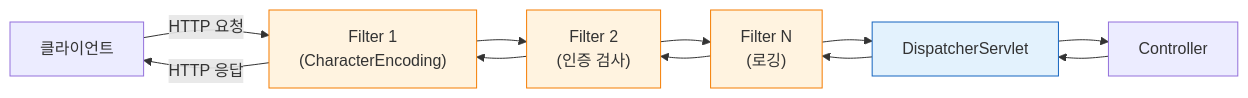
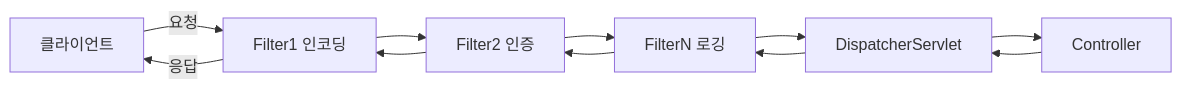
Before and after one commit to yjkim2015/yjkim2015.github.io: the first of 2 diagrams in _posts/spring/2021-10-29-filter.md, drawn with Mermaid. The commit also changed other lines of this file and 215 other files, not shown here.

First line of the commit message:
신규 포스트 10개 추가 + Mermaid 전면 축소 + SystemDesign 시리즈 보강

````diff
--- a/_posts/spring/2021-10-29-filter.md
+++ b/_posts/spring/2021-10-29-filter.md
@@ -19,25 +19,11 @@
 ```mermaid
 graph LR
-    CLIENT["클라이언트"]
-    F1["Filter 1\n(CharacterEncoding)"]
-    F2["Filter 2\n(인증 검사)"]
-    F3["Filter N\n(로깅)"]
-    DS["DispatcherServlet"]
-    CTRL["Controller"]
-
-    CLIENT -->|"HTTP 요청"| F1
-    F1 --> F2
-    F2 --> F3
-    F3 --> DS
-    DS --> CTRL
-    CTRL --> DS
-    DS --> F3
-    F3 --> F2
-    F2 --> F1
-    F1 -->|"HTTP 응답"| CLIENT
-
-    style DS fill:#e3f2fd,stroke:#1565c0
-    style F1 fill:#fff3e0,stroke:#f57c00
-    style F2 fill:#fff3e0,stroke:#f57c00
-    style F3 fill:#fff3e0,stroke:#f57c00
+    CLIENT[클라이언트]
+    F1[Filter1 인코딩]
+    F2[Filter2 인증]
+    F3[FilterN 로깅]
+    DS[DispatcherServlet]
+    CTRL[Controller]
+    CLIENT -->|요청| F1 --> F2 --> F3 --> DS --> CTRL
+    CTRL --> DS --> F3 --> F2 --> F1 -->|응답| CLIENT
 ```
````
